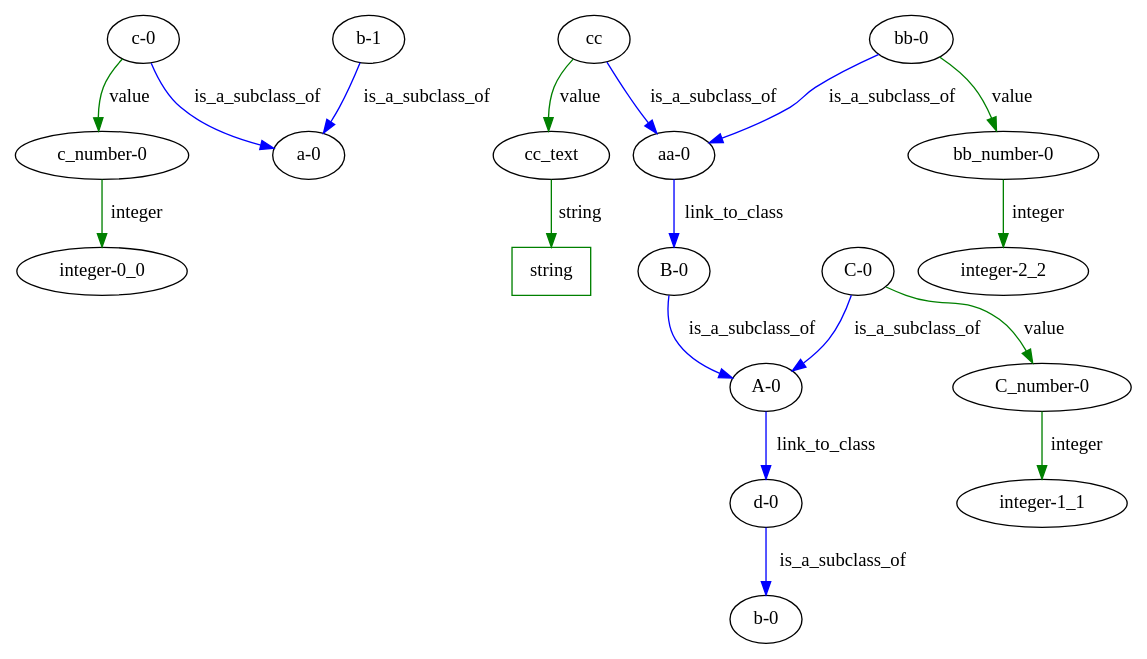
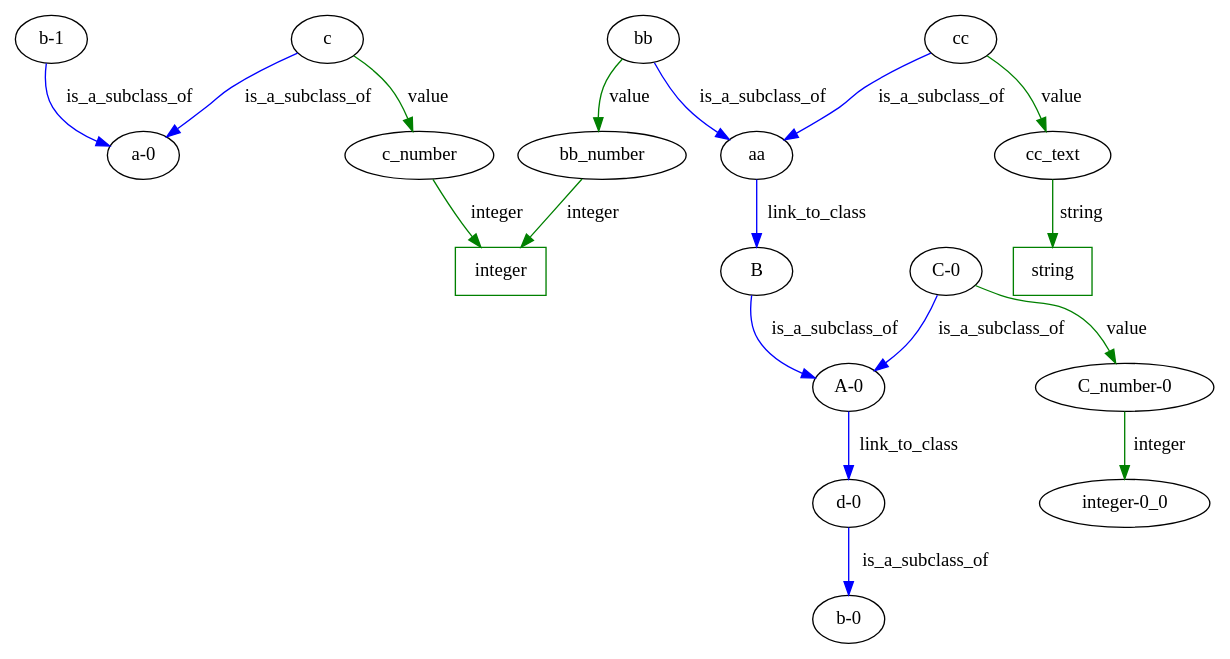
The diagram in ontologyRepository/Digraph.gv (heinz-preisig/PeriConto), drawn with Graphviz before and after one commit. The commit also changed 12 other files, not shown here.

```diff
--- a/ontologyRepository/Digraph.gv
+++ b/ontologyRepository/Digraph.gv
@@ -1,53 +1,53 @@
 digraph {
-	"c-0"
-	"c_number-0"
-	"c-0" -> "c_number-0" [label=value color=green]
-	string [color=green shape=rectangle]
-	string
-	cc_text -> string [label=string color=green]
-	"d-0"
-	"b-0"
-	"d-0" -> "b-0" [label=is_a_subclass_of color=blue]
-	"c-0"
+	"b-1"
 	"a-0"
-	"c-0" -> "a-0" [label=is_a_subclass_of color=blue]
+	"b-1" -> "a-0" [label=is_a_subclass_of color=blue]
+	"C_number-0"
+	"integer-0_0"
+	"C_number-0" -> "integer-0_0" [label=integer color=green]
+	bb
+	bb_number
+	bb -> bb_number [label=value color=green]
 	"A-0"
 	"d-0"
 	"A-0" -> "d-0" [label=link_to_class color=blue]
-	"c_number-0"
-	"integer-0_0"
-	"c_number-0" -> "integer-0_0" [label=integer color=green]
-	"b-1"
-	"a-0"
-	"b-1" -> "a-0" [label=is_a_subclass_of color=blue]
-	"B-0"
-	"A-0"
-	"B-0" -> "A-0" [label=is_a_subclass_of color=blue]
-	"aa-0"
-	"B-0"
-	"aa-0" -> "B-0" [label=link_to_class color=blue]
-	"bb-0"
-	"bb_number-0"
-	"bb-0" -> "bb_number-0" [label=value color=green]
-	"C_number-0"
-	"integer-1_1"
-	"C_number-0" -> "integer-1_1" [label=integer color=green]
-	cc
-	"aa-0"
-	cc -> "aa-0" [label=is_a_subclass_of color=blue]
-	"bb-0"
-	"aa-0"
-	"bb-0" -> "aa-0" [label=is_a_subclass_of color=blue]
-	"C-0"
-	"C_number-0"
-	"C-0" -> "C_number-0" [label=value color=green]
+	aa
+	B
+	aa -> B [label=link_to_class color=blue]
 	cc
 	cc_text
 	cc -> cc_text [label=value color=green]
 	"C-0"
 	"A-0"
 	"C-0" -> "A-0" [label=is_a_subclass_of color=blue]
-	"bb_number-0"
-	"integer-2_2"
-	"bb_number-0" -> "integer-2_2" [label=integer color=green]
+	bb
+	aa
+	bb -> aa [label=is_a_subclass_of color=blue]
+	cc
+	aa
+	cc -> aa [label=is_a_subclass_of color=blue]
+	c
+	c_number
+	c -> c_number [label=value color=green]
+	string [color=green shape=rectangle]
+	string
+	cc_text -> string [label=string color=green]
+	"C-0"
+	"C_number-0"
+	"C-0" -> "C_number-0" [label=value color=green]
+	"d-0"
+	"b-0"
+	"d-0" -> "b-0" [label=is_a_subclass_of color=blue]
+	integer [color=green shape=rectangle]
+	integer
+	c_number -> integer [label=integer color=green]
+	B
+	"A-0"
+	B -> "A-0" [label=is_a_subclass_of color=blue]
+	c
+	"a-0"
+	c -> "a-0" [label=is_a_subclass_of color=blue]
+	integer [color=green shape=rectangle]
+	integer
+	bb_number -> integer [label=integer color=green]
 }
```
